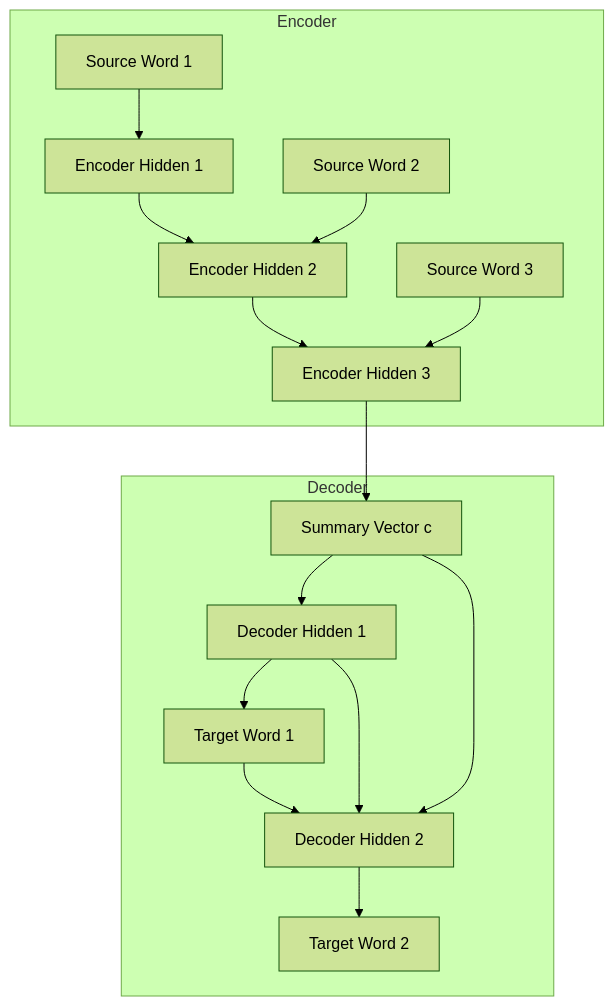
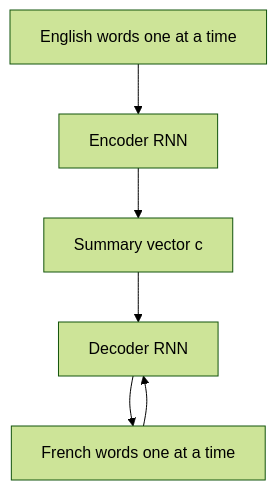
Before and after one commit to Tarunsai08/PaperStack: the diagram in content/papers/learning-phrase-representations-using-rnn-encoder-decoder-fo.md, drawn with Mermaid (forest theme). The commit also changed other lines of this file and 7 other files, not shown here.

First line of the commit message:
Rewrite the last 5 pipeline ML articles: RNN encoder-decoder, OPT, zero-shot CoT, fastText, Thumbs up

````diff
--- a/content/papers/learning-phrase-representations-using-rnn-encoder-decoder-fo.md
+++ b/content/papers/learning-phrase-representations-using-rnn-encoder-decoder-fo.md
@@ -119,21 +81,8 @@
 ```mermaid
 flowchart TD
-    subgraph Encoder
-        X1[Source Word 1] --> H1[Encoder Hidden 1]
-        X2[Source Word 2] --> H2[Encoder Hidden 2]
-        H1 --> H2
-        X3[Source Word 3] --> H3[Encoder Hidden 3]
-        H2 --> H3
-    end
-    
-    H3 --> C[Summary Vector c]
-    
-    subgraph Decoder
-        C --> D1[Decoder Hidden 1]
-        D1 --> Y1[Target Word 1]
-        Y1 --> D2[Decoder Hidden 2]
-        C --> D2
-        D1 --> D2
-        D2 --> Y2[Target Word 2]
-    end
+  A[English words one at a time] --> B[Encoder RNN]
+  B --> C[Summary vector c]
+  C --> D[Decoder RNN]
+  D --> E[French words one at a time]
+  E --> D
 ```
````
